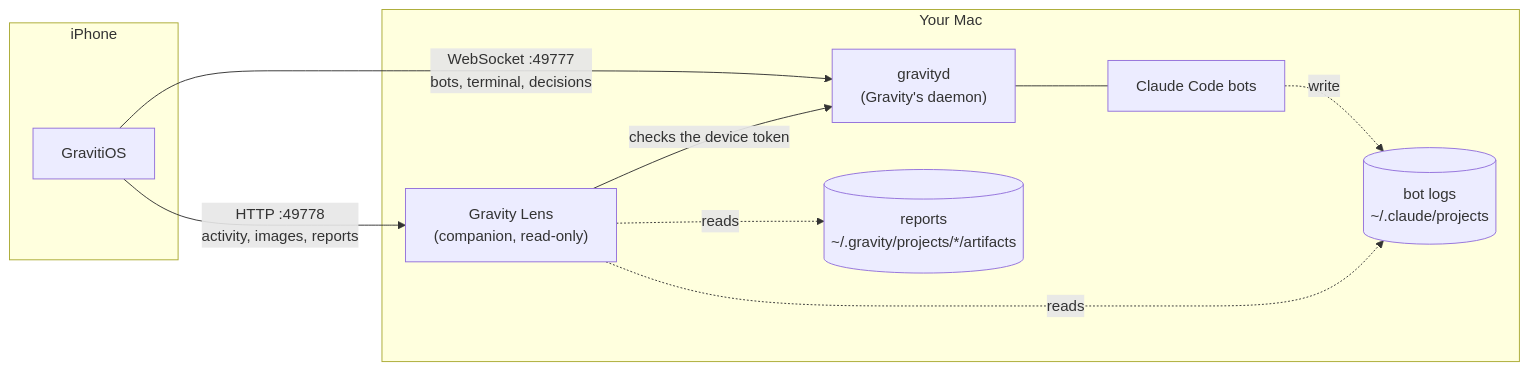
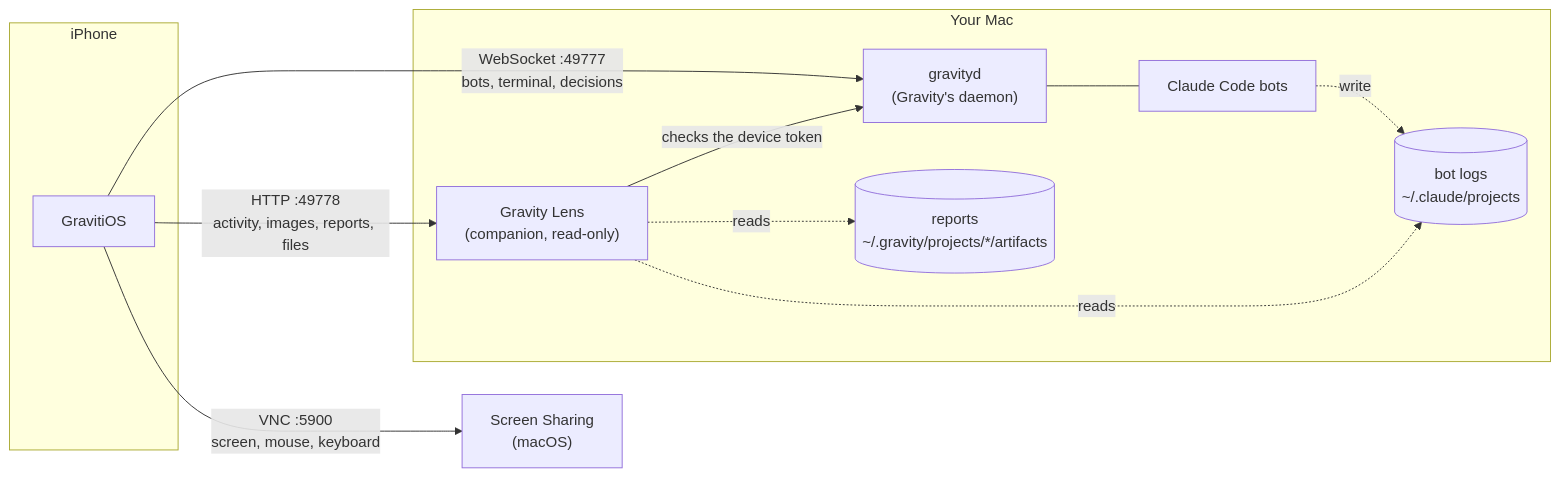
One commit to mrinaldi2/gravity_os changed the diagram in README.md. Above: the diagram before and after it, drawn with Mermaid. The commit also changed other lines of this file and 27 other files, not shown here.

First line of the commit message:
Control the Mac from the phone: screen and files

````diff
--- a/README.md
+++ b/README.md
@@ -47,20 +51,22 @@
 ```mermaid
 flowchart LR
     subgraph iPhone
         A[GravitiOS]
     end
     subgraph Mac["Your Mac"]
         D["gravityd<br/>(Gravity's daemon)"]
         L["Gravity Lens<br/>(companion, read-only)"]
         B["Claude Code bots"]
         T[("bot logs<br/>~/.claude/projects")]
         R[("reports<br/>~/.gravity/projects/*/artifacts")]
     end
     A -- "WebSocket :49777<br/>bots, terminal, decisions" --> D
-    A -- "HTTP :49778<br/>activity, images, reports" --> L
+    A -- "HTTP :49778<br/>activity, images, reports, files" --> L
+    S["Screen Sharing<br/>(macOS)"]
+    A -- "VNC :5900<br/>screen, mouse, keyboard" --> S
     L -- "checks the device token" --> D
     D --- B
     B -. write .-> T
     L -. reads .-> T
     L -. reads .-> R
 ```
````
